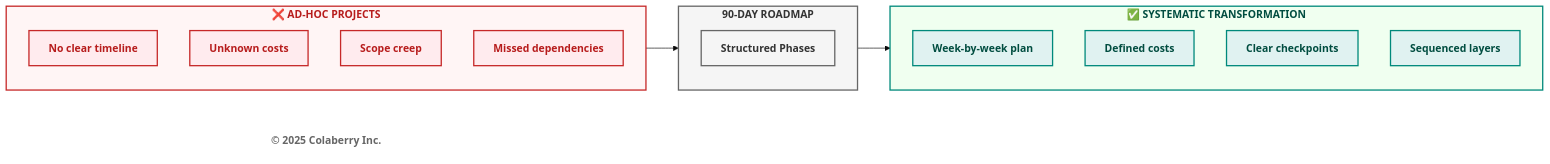
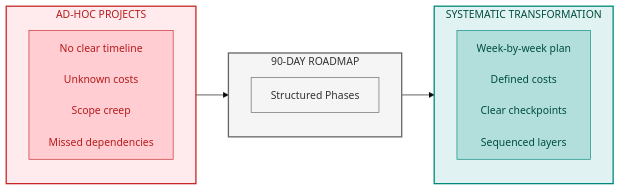
The first of 7 diagrams in manuscript/chapter_10_week_by_week_implementation_v1_2.md (colaberry/trust-before-intelligence-book), drawn with Mermaid (base theme) before and after one commit.

Commit message:
updated diagram for readability
updated diagram for readability

````diff
--- a/manuscript/chapter_10_week_by_week_implementation_v1_2.md
+++ b/manuscript/chapter_10_week_by_week_implementation_v1_2.md
@@ -9,38 +9,28 @@
 ```mermaid
+
 graph LR
-    subgraph BEFORE["<b>❌ AD-HOC PROJECTS</b>"]
-        B1["<b>No clear timeline</b>"]
-        B2["<b>Unknown costs</b>"]
-        B3["<b>Scope creep</b>"]
-        B4["<b>Missed dependencies</b>"]
+    subgraph BEFORE["AD-HOC PROJECTS"]
+        direction TB
+        B1["No clear timeline<br/><br/>Unknown costs<br/><br/>Scope creep<br/><br/>Missed dependencies"]
     end
     
-    subgraph TRANSFORM["<b>90-DAY ROADMAP</b>"]
-        T1["<b>Structured Phases</b>"]
+    subgraph TRANSFORM["90-DAY ROADMAP"]
+        direction TB
+        T1["Structured Phases"]
     end
     
-    subgraph AFTER["<b>✅ SYSTEMATIC TRANSFORMATION</b>"]
-        A1["<b>Week-by-week plan</b>"]
-        A2["<b>Defined costs</b>"]
-        A3["<b>Clear checkpoints</b>"]
-        A4["<b>Sequenced layers</b>"]
+    subgraph AFTER["SYSTEMATIC TRANSFORMATION"]
+        direction TB
+        A1["Week-by-week plan<br/><br/>Defined costs<br/><br/>Clear checkpoints<br/><br/>Sequenced layers"]
     end
-    
-    Copyright["<b>© 2025 Colaberry Inc.</b>"]
     
     BEFORE --> TRANSFORM --> AFTER
     
-    style BEFORE fill:#fff5f5,stroke:#c62828,stroke-width:2px,color:#b71c1c
+    style BEFORE fill:#ffebee,stroke:#c62828,stroke-width:2px,color:#b71c1c
     style TRANSFORM fill:#f5f5f5,stroke:#666666,stroke-width:2px,color:#333333
-    style AFTER fill:#f0fff0,stroke:#00897b,stroke-width:2px,color:#004d40
-    style B1 fill:#ffebee,stroke:#c62828,stroke-width:2px,color:#b71c1c
-    style B2 fill:#ffebee,stroke:#c62828,stroke-width:2px,color:#b71c1c
-    style B3 fill:#ffebee,stroke:#c62828,stroke-width:2px,color:#b71c1c
-    style B4 fill:#ffebee,stroke:#c62828,stroke-width:2px,color:#b71c1c
-    style T1 fill:#f5f5f5,stroke:#666666,stroke-width:2px,color:#333333
-    style A1 fill:#e0f2f1,stroke:#00897b,stroke-width:2px,color:#004d40
-    style A2 fill:#e0f2f1,stroke:#00897b,stroke-width:2px,color:#004d40
-    style A3 fill:#e0f2f1,stroke:#00897b,stroke-width:2px,color:#004d40
-    style A4 fill:#e0f2f1,stroke:#00897b,stroke-width:2px,color:#004d40
-    style Copyright fill:#ffffff,stroke:none,color:#666666
+    style AFTER fill:#e0f2f1,stroke:#00897b,stroke-width:2px,color:#004d40
+    style B1 fill:#ffcdd2,stroke:#c62828,color:#b71c1c
+    style T1 fill:#f5f5f5,stroke:#666666,color:#333333
+    style A1 fill:#b2dfdb,stroke:#00897b,color:#004d40
+
 ```
````
